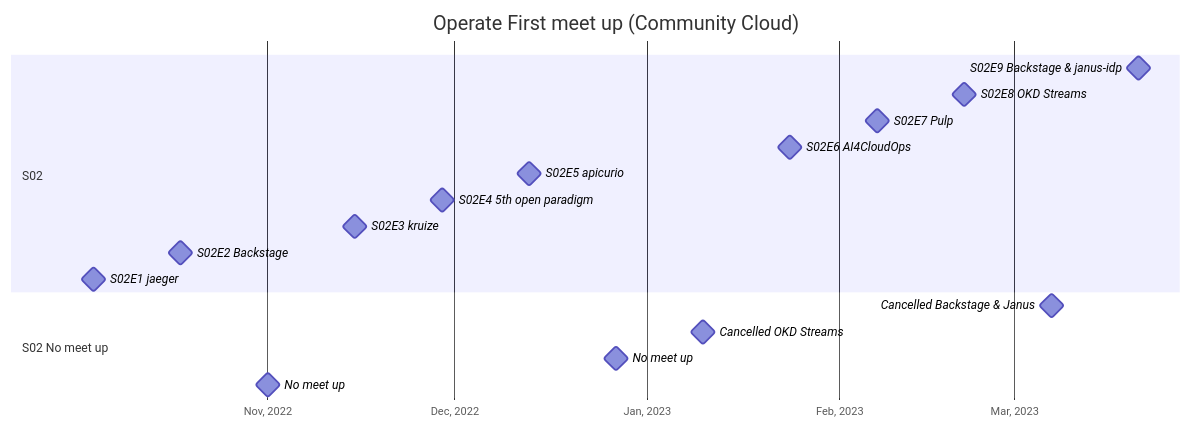
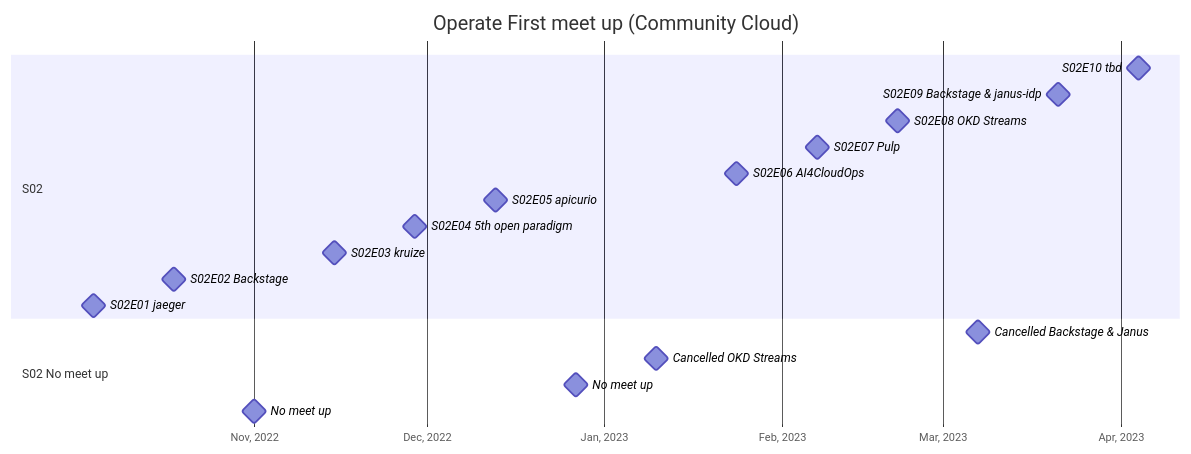
The first of 2 diagrams in README.md (operate-first/communitycloud-meetup), drawn with Mermaid before and after one commit.

````diff
--- a/README.md
+++ b/README.md
@@ -15,24 +15,25 @@
 ```mermaid
 gantt
     title Operate First meet up (Community Cloud)
     dateFormat YYYY-MM-DD
     axisFormat %b, %Y
     todayMarker on
     
     section S02
-    S02E9 Backstage & janus-idp :milestone, S02E09, 2023-03-21, 1h
-    S02E8 OKD Streams       :milestone, S02E08, 2023-02-21, 1h
-    S02E7 Pulp              :milestone, S02E07, 2023-02-07, 1h
-    S02E6 AI4CloudOps       :milestone, S02E06, 2023-01-24, 1h
-    S02E5 apicurio          :milestone, S02E05, 2022-12-13, 1h
-    S02E4 5th open paradigm :milestone, S02E04, 2022-11-29, 1h
-    S02E3 kruize            :milestone, S02E03, 2022-11-15, 1h
-    S02E2 Backstage         :milestone, S02E02, 2022-10-18, 1h
-    S02E1 jaeger            :milestone, S02E01, 2022-10-04, 1h
+    S02E10 tbd               :milestone, S02E10, 2023-04-04, 1h
+    S02E09 Backstage & janus-idp :milestone, S02E09, 2023-03-21, 1h
+    S02E08 OKD Streams       :milestone, S02E08, 2023-02-21, 1h
+    S02E07 Pulp              :milestone, S02E07, 2023-02-07, 1h
+    S02E06 AI4CloudOps       :milestone, S02E06, 2023-01-24, 1h
+    S02E05 apicurio          :milestone, S02E05, 2022-12-13, 1h
+    S02E04 5th open paradigm :milestone, S02E04, 2022-11-29, 1h
+    S02E03 kruize            :milestone, S02E03, 2022-11-15, 1h
+    S02E02 Backstage         :milestone, S02E02, 2022-10-18, 1h
+    S02E01 jaeger            :milestone, S02E01, 2022-10-04, 1h
     
     section S02 No meet up
     Cancelled Backstage & Janus   :milestone, S02N03, 2023-03-07, 1h
     Cancelled OKD Streams   :milestone, S02N03, 2023-01-10, 1h
     No meet up              :milestone, S02N02, 2022-12-27, 1h
     No meet up              :milestone, S02N01, 2022-11-01, 1h
 ```
````
